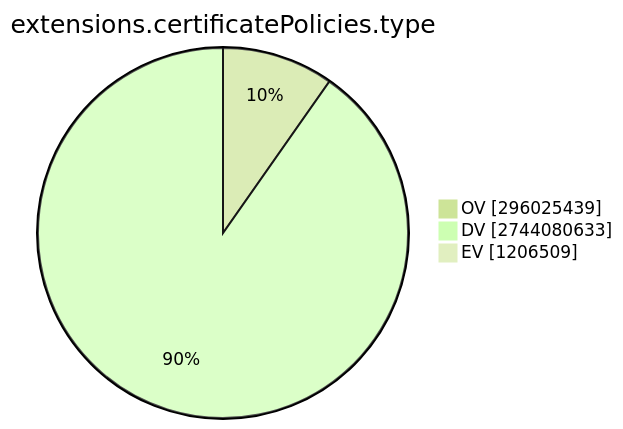
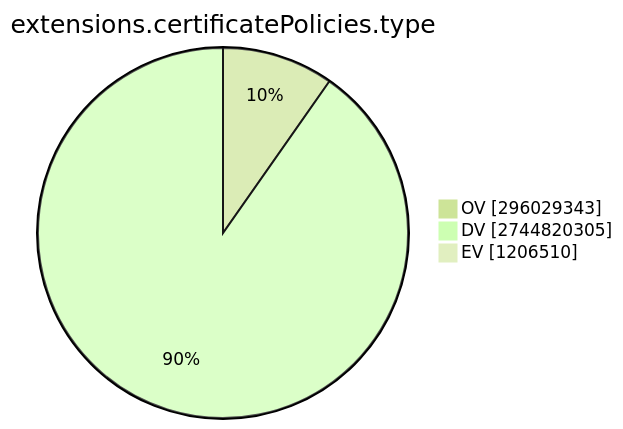
The ninth of 15 diagrams in TOTAL/README.md (christiankrug/ctmonitor_visualization), drawn with Mermaid (forest theme) before and after one commit. The commit also changed other lines of this file, not shown here.

````diff
--- a/TOTAL/README.md
+++ b/TOTAL/README.md
@@ -3098,7 +3098,7 @@
 ```mermaid
 pie showData
 title extensions.certificatePolicies.type
-"OV" :296025439
-"DV" :2744080633
-"EV" :1206509
+"OV" :296029343
+"DV" :2744820305
+"EV" :1206510
 ```
````
